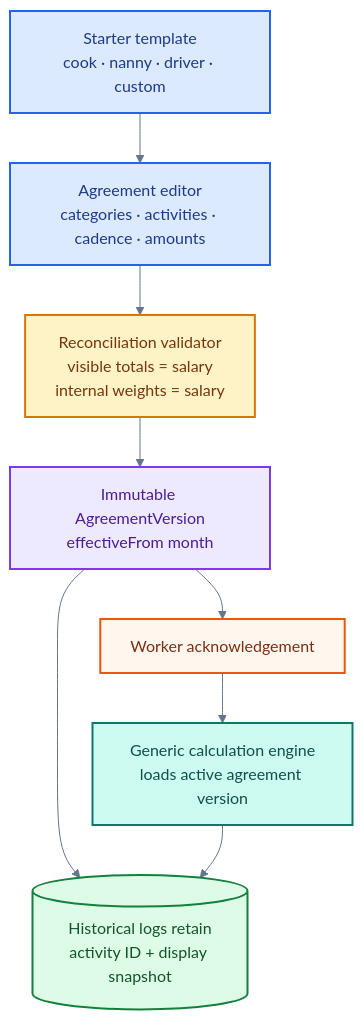
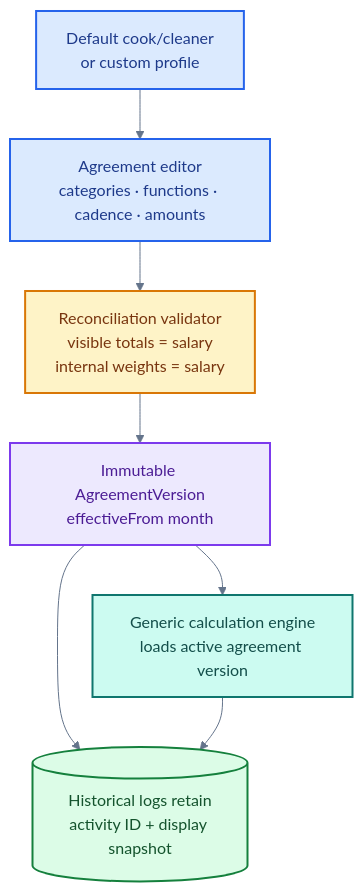
One commit to thechiranjeevjain/SaafHisaab changed the tenth of 10 diagrams in docs/architecture/README.md. Above: the diagram before and after it, drawn with Mermaid. The commit also changed other lines of this file and 21 other files, not shown here.

````diff
--- a/docs/architecture/README.md
+++ b/docs/architecture/README.md
@@ -479,22 +479,20 @@
 ```mermaid
 %%{init: {"theme":"base","themeVariables":{"lineColor":"#64748b","fontFamily":"Inter,Segoe UI,sans-serif"}}}%%
 flowchart TB
-  TEMPLATE[Starter template<br/>cook · nanny · driver · custom]:::proposed
-  EDITOR[Agreement editor<br/>categories · activities · cadence · amounts]:::proposed
+  TEMPLATE[Default cook/cleaner<br/>or custom profile]:::current
+  EDITOR[Agreement editor<br/>categories · functions · cadence · amounts]:::current
   VALIDATE[Reconciliation validator<br/>visible totals = salary<br/>internal weights = salary]:::guard
   VERSION[Immutable AgreementVersion<br/>effectiveFrom month]:::version
-  ACK[Worker acknowledgement]:::worker
   ENGINE[Generic calculation engine<br/>loads active agreement version]:::engine
   HISTORY[(Historical logs retain<br/>activity ID + display snapshot)]:::data
 
-  TEMPLATE --> EDITOR --> VALIDATE --> VERSION --> ACK --> ENGINE
+  TEMPLATE --> EDITOR --> VALIDATE --> VERSION --> ENGINE
   VERSION --> HISTORY
   ENGINE --> HISTORY
 
-  classDef proposed fill:#dbeafe,stroke:#2563eb,color:#1e3a8a,stroke-width:2px;
+  classDef current fill:#dbeafe,stroke:#2563eb,color:#1e3a8a,stroke-width:2px;
   classDef guard fill:#fef3c7,stroke:#d97706,color:#78350f,stroke-width:2px;
   classDef version fill:#ede9fe,stroke:#7c3aed,color:#4c1d95,stroke-width:2px;
-  classDef worker fill:#fff7ed,stroke:#ea580c,color:#7c2d12,stroke-width:2px;
   classDef engine fill:#ccfbf1,stroke:#0f766e,color:#134e4a,stroke-width:2px;
   classDef data fill:#dcfce7,stroke:#15803d,color:#14532d,stroke-width:2px;
 ```
````
